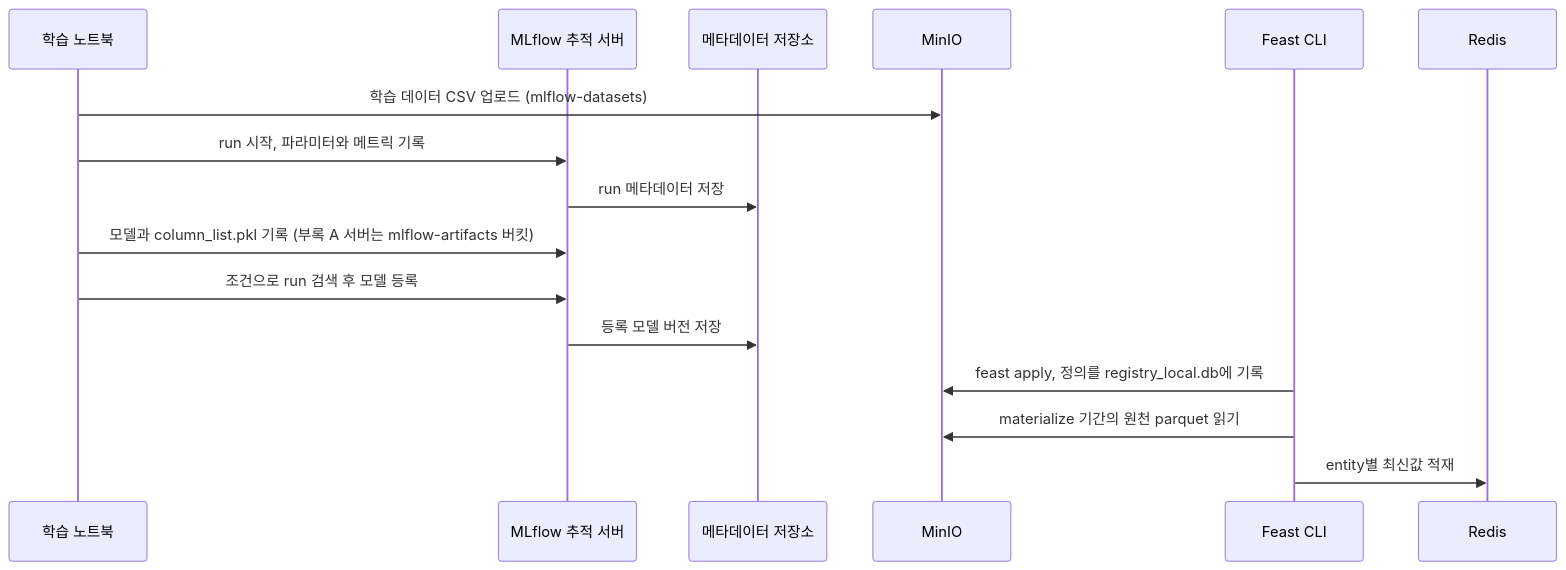
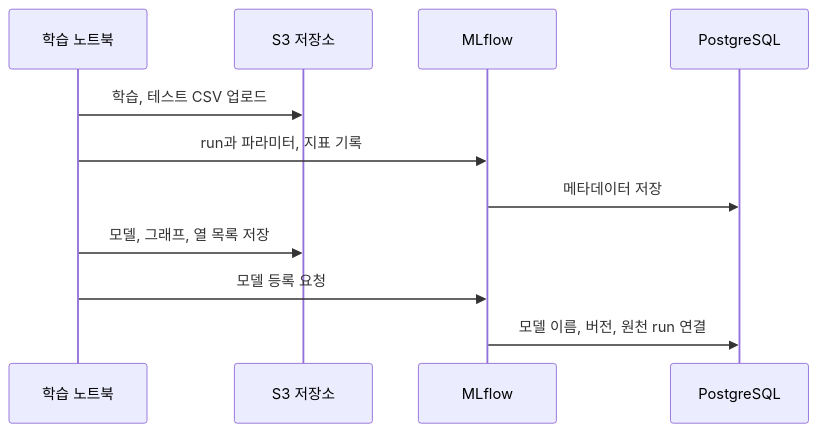
Before and after one commit to johklo/johklo.github.io: the third of 5 diagrams in content/docs/tech/machine-learning-platform-engineering/04-experiments-features-pipelines.md, drawn with Mermaid. The commit also changed other lines of this file and 92 other files, not shown here.

````diff
--- a/content/docs/tech/machine-learning-platform-engineering/04-experiments-features-pipelines.md
+++ b/content/docs/tech/machine-learning-platform-engineering/04-experiments-features-pipelines.md
@@ -110,20 +207,15 @@
 ```mermaid
 sequenceDiagram
-    accTitle: 학습과 피처 등록 시점의 서비스 호출
-    accDescr: 노트북은 CSV를 MinIO에 올리고 MLflow에 run과 모델을 기록한다. Feast CLI는 정의를 MinIO registry에, 최신값을 Redis에 쓴다.
-    participant NB as 학습 노트북
-    participant M as MLflow 추적 서버
-    participant PG as 메타데이터 저장소
-    participant S3 as MinIO
-    participant F as Feast CLI
-    participant R as Redis
-    NB->>S3: 학습 데이터 CSV 업로드 (mlflow-datasets)
-    NB->>M: run 시작, 파라미터와 메트릭 기록
-    M->>PG: run 메타데이터 저장
-    NB->>M: 모델과 column_list.pkl 기록 (부록 A 서버는 mlflow-artifacts 버킷)
-    NB->>M: 조건으로 run 검색 후 모델 등록
-    M->>PG: 등록 모델 버전 저장
-    F->>S3: feast apply, 정의를 registry_local.db에 기록
-    F->>S3: materialize 기간의 원천 parquet 읽기
-    F->>R: entity별 최신값 적재
+    accTitle: 노트북의 MLflow 학습 기록
+    accDescr: 노트북은 학습 CSV를 S3에 올리고 MLflow에 실행 설정과 지표를 기록한다. 메타데이터는 PostgreSQL에, 모델과 그래프는 S3에 저장되고 등록 모델은 원천 run으로 연결된다.
+    participant N as 학습 노트북
+    participant S as S3 저장소
+    participant M as MLflow
+    participant P as PostgreSQL
+    N->>S: 학습, 테스트 CSV 업로드
+    N->>M: run과 파라미터, 지표 기록
+    M->>P: 메타데이터 저장
+    N->>S: 모델, 그래프, 열 목록 저장
+    N->>M: 모델 등록 요청
+    M->>P: 모델 이름, 버전, 원천 run 연결
 ```
````
